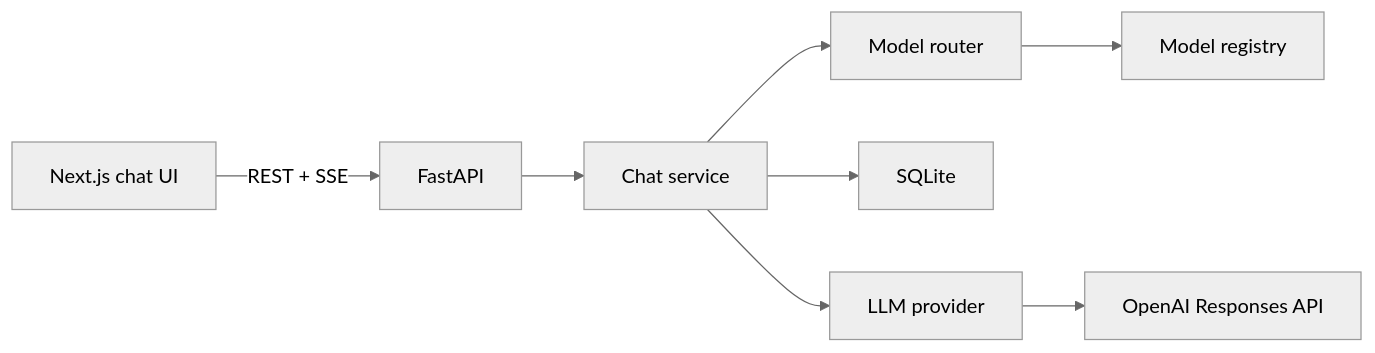
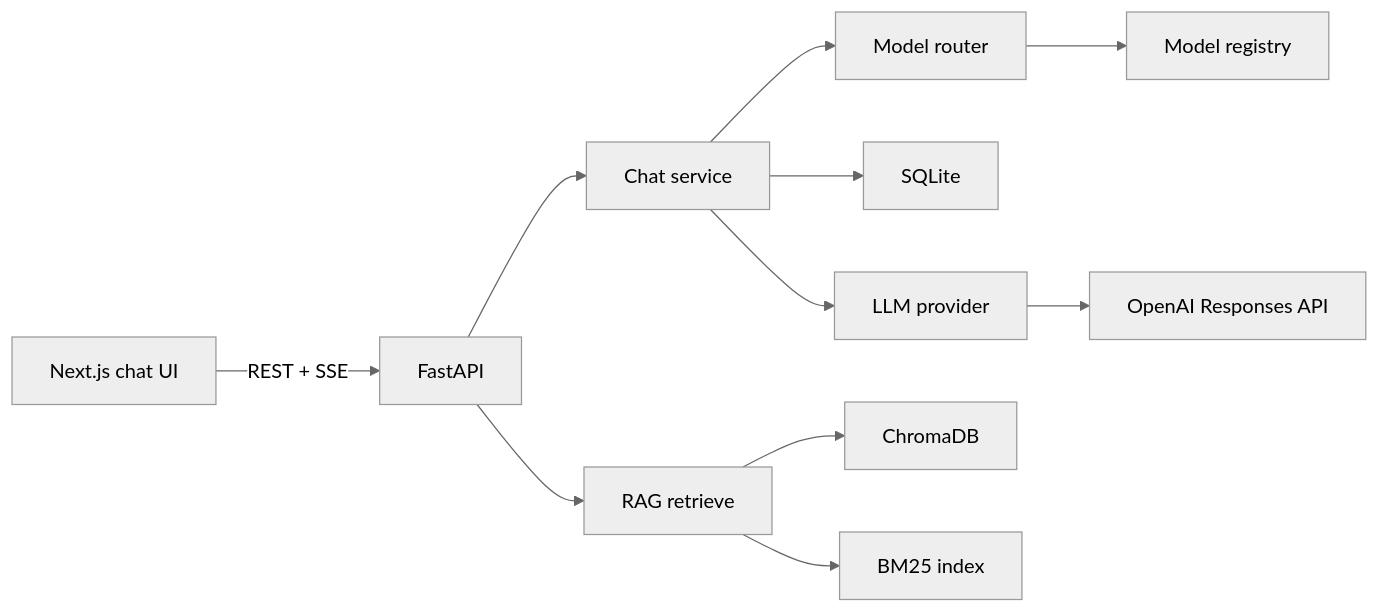
Before and after one commit to sanjayparashar135/OperateSolve: the diagram in README.md, drawn with Mermaid (neutral theme). The commit also changed other lines of this file and 49 other files, not shown here.

````diff
--- a/README.md
+++ b/README.md
@@ -14,10 +14,13 @@
 ```mermaid
 flowchart LR
   UI["Next.js chat UI"] -->|"REST + SSE"| API["FastAPI"]
   API --> Service["Chat service"]
   Service --> Router["Model router"]
   Router --> Registry["Model registry"]
   Service --> DB["SQLite"]
   Service --> Provider["LLM provider"]
   Provider --> OpenAI["OpenAI Responses API"]
+  API --> RAG["RAG retrieve"]
+  RAG --> Chroma["ChromaDB"]
+  RAG --> BM25["BM25 index"]
 ```
````
